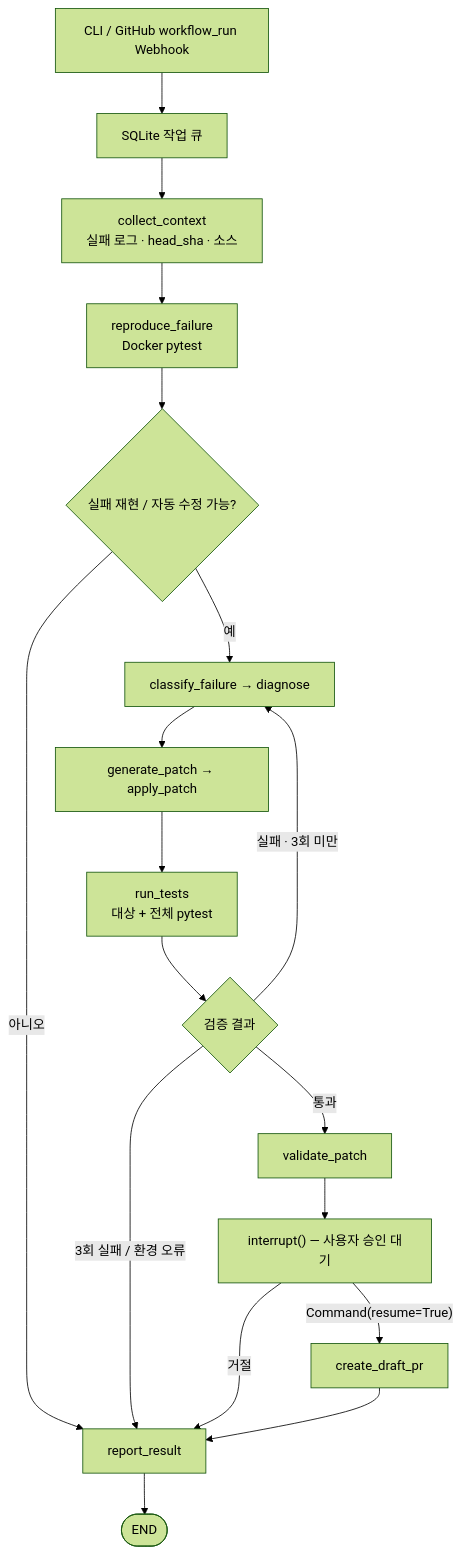
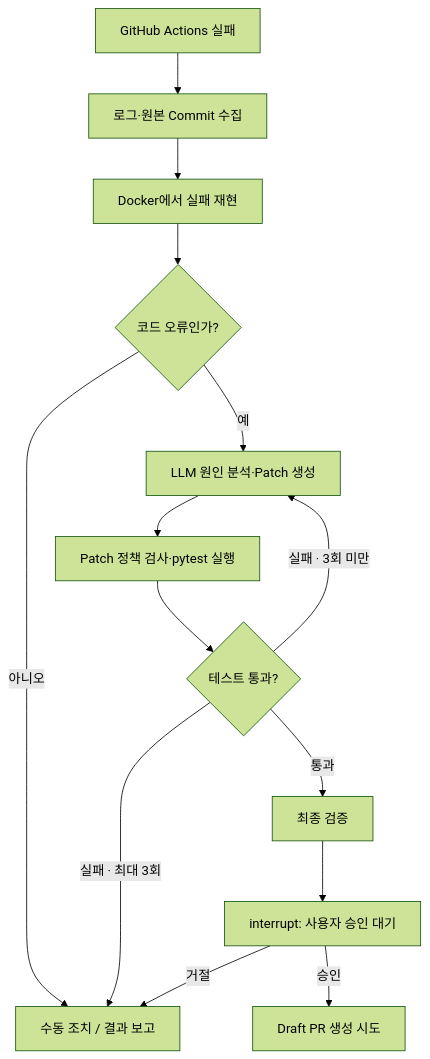
One commit to ii2001/PatchPilot changed the diagram in README.md. Above: the diagram before and after it, drawn with Mermaid (forest theme). The commit also changed other lines of this file and 1 other file, not shown here.

````diff
--- a/README.md
+++ b/README.md
@@ -28,20 +18,16 @@
 ```mermaid
 flowchart TD
-    E["CLI / GitHub workflow_run Webhook"] --> Q["SQLite 작업 큐"]
-    Q --> A["collect_context<br/>실패 로그 · head_sha · 소스"]
-    A --> B["reproduce_failure<br/>Docker pytest"]
-    B --> C{"실패 재현 / 자동 수정 가능?"}
-    C -->|아니오| R["report_result"]
-    C -->|예| D["classify_failure → diagnose"]
-    D --> P["generate_patch → apply_patch"]
-    P --> T["run_tests<br/>대상 + 전체 pytest"]
-    T --> G{"검증 결과"}
-    G -->|"실패 · 3회 미만"| D
-    G -->|"3회 실패 / 환경 오류"| R
-    G -->|통과| V["validate_patch"]
-    V --> H["interrupt() — 사용자 승인 대기"]
-    H -->|거절| R
-    H -->|"Command(resume=True)"| PR["create_draft_pr"]
-    PR --> R
-    R --> END(["END"])
+    A["GitHub Actions 실패"] --> B["로그·원본 Commit 수집"]
+    B --> C["Docker에서 실패 재현"]
+    C --> D{"코드 오류인가?"}
+    D -->|아니오| X["수동 조치 / 결과 보고"]
+    D -->|예| E["LLM 원인 분석·Patch 생성"]
+    E --> F["Patch 정책 검사·pytest 실행"]
+    F --> G{"테스트 통과?"}
+    G -->|"실패 · 3회 미만"| E
+    G -->|"실패 · 최대 3회"| X
+    G -->|통과| H["최종 검증"]
+    H --> I["interrupt: 사용자 승인 대기"]
+    I -->|거절| X
+    I -->|승인| J["Draft PR 생성 시도"]
 ```
````
